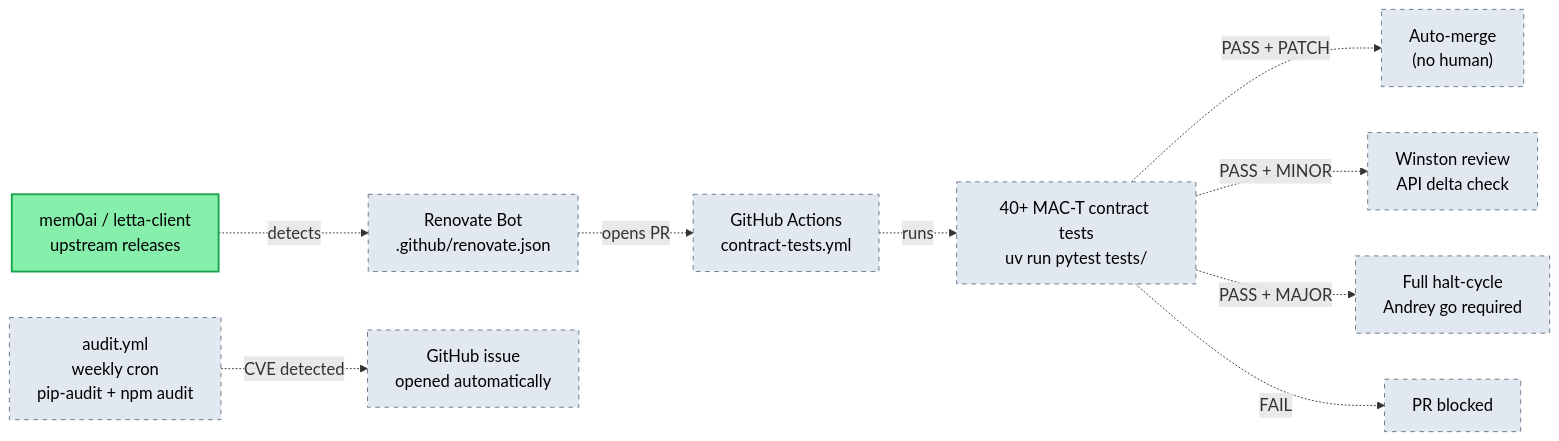
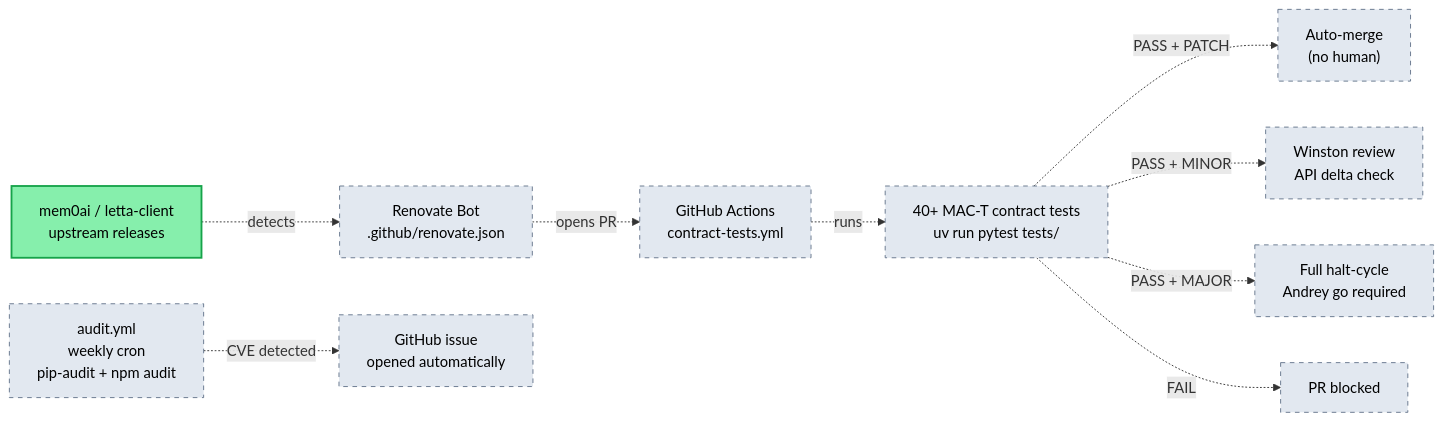
Before and after one commit to verdaca/VERDACA: diagram 13 of 13 in docs/architecture-diagrams.md, drawn with Mermaid. The commit also changed other lines of this file, not shown here.

First line of the commit message:
docs: Diagram 8 cleanup + font sizing per new rule

````diff
--- a/docs/architecture-diagrams.md
+++ b/docs/architecture-diagrams.md
@@ -509,20 +485,20 @@
 ```mermaid
-%%{init: {'themeVariables': {'fontSize': '18px'}}}%%
+%%{init: {'themeVariables': {'fontSize': '16px'}}}%%
 flowchart LR
     UPSTREAM["mem0ai / letta-client<br/>upstream releases"]:::done
 
     UPSTREAM -.detects.-> RENOVATE["Renovate Bot<br/>.github/renovate.json"]:::planned
     RENOVATE -.opens PR.-> CI["GitHub Actions<br/>contract-tests.yml"]:::planned
 
     CI -.runs.-> TESTS["40+ MAC-T contract tests<br/>uv run pytest tests/"]:::planned
 
     TESTS -.PASS + PATCH.-> AUTO["Auto-merge<br/>(no human)"]:::planned
     TESTS -.PASS + MINOR.-> REVIEW["Winston review<br/>API delta check"]:::planned
     TESTS -.PASS + MAJOR.-> HALT["Full halt-cycle<br/>Andrey go required"]:::planned
     TESTS -.FAIL.-> BLOCK["PR blocked"]:::planned
 
     AUDIT["audit.yml<br/>weekly cron<br/>pip-audit + npm audit"]:::planned -.CVE detected.-> ISSUE["GitHub issue<br/>opened automatically"]:::planned
 
     classDef done fill:#86efac,stroke:#16a34a,stroke-width:2px,color:#000
     classDef planned fill:#e2e8f0,stroke:#64748b,stroke-width:1px,color:#000,stroke-dasharray: 5 5
 ```
````
